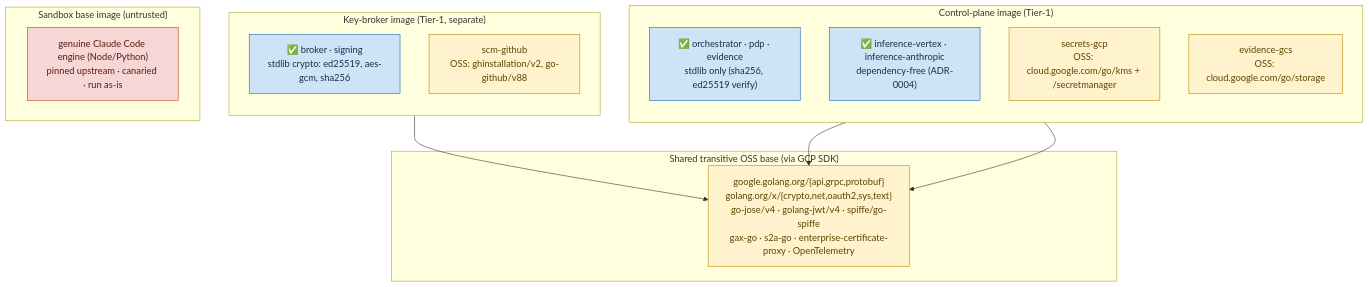
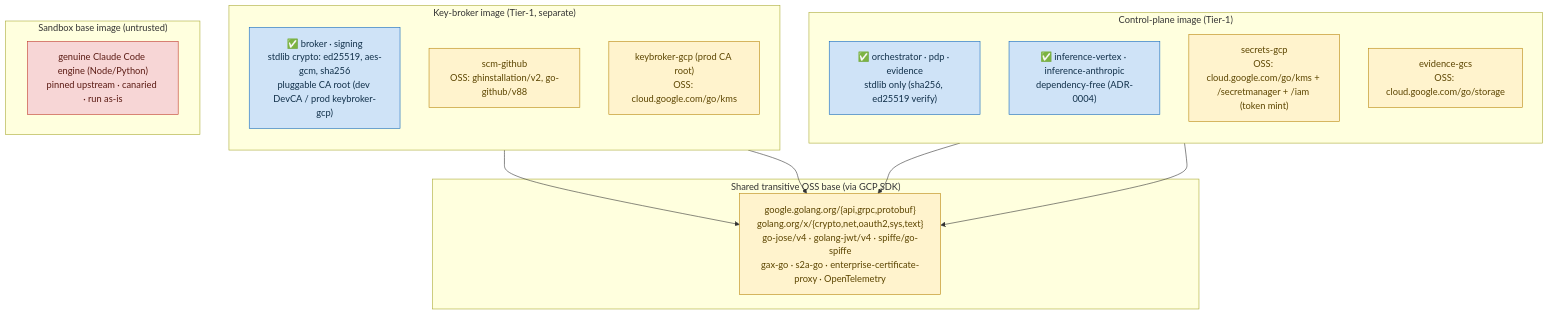
The diagram in docs/architecture/08-dependency-supply-chain.md (console7/console7), drawn with Mermaid before and after one commit. The commit also changed other lines of this file and 6 other files, not shown here.

````diff
--- a/docs/architecture/08-dependency-supply-chain.md
+++ b/docs/architecture/08-dependency-supply-chain.md
@@ -16,31 +16,33 @@
 ```mermaid
 flowchart TB
   subgraph CP["Control-plane image (Tier-1)"]
     direction TB
     cp_fp["✅ orchestrator · pdp · evidence<br/>stdlib only (sha256, ed25519 verify)"]
     cp_inf["✅ inference-vertex · inference-anthropic<br/>dependency-free (ADR-0004)"]
-    cp_sec["secrets-gcp<br/>OSS: cloud.google.com/go/kms + /secretmanager"]
+    cp_sec["secrets-gcp<br/>OSS: cloud.google.com/go/kms + /secretmanager + /iam (token mint)"]
     cp_ev["evidence-gcs<br/>OSS: cloud.google.com/go/storage"]
   end
   subgraph KB["Key-broker image (Tier-1, separate)"]
     direction TB
-    kb_fp["✅ broker · signing<br/>stdlib crypto: ed25519, aes-gcm, sha256"]
+    kb_fp["✅ broker · signing<br/>stdlib crypto: ed25519, aes-gcm, sha256<br/>pluggable CA root (dev DevCA / prod keybroker-gcp)"]
     kb_scm["scm-github<br/>OSS: ghinstallation/v2, go-github/v88"]
+    kb_kms["keybroker-gcp (prod CA root)<br/>OSS: cloud.google.com/go/kms"]
   end
   subgraph DP["Sandbox base image (untrusted)"]
     dp_eng["genuine Claude Code engine (Node/Python)<br/>pinned upstream · canaried · run as-is"]
   end
   subgraph SH["Shared transitive OSS base (via GCP SDK)"]
     sh["google.golang.org/{api,grpc,protobuf}<br/>golang.org/x/{crypto,net,oauth2,sys,text}<br/>go-jose/v4 · golang-jwt/v4 · spiffe/go-spiffe<br/>gax-go · s2a-go · enterprise-certificate-proxy · OpenTelemetry"]
   end
   cp_sec --> sh
   cp_ev --> sh
   kb_scm --> sh
+  kb_kms --> sh
 
   classDef fp fill:#cfe3f7,stroke:#1168bd,color:#11304a;
   classDef oss fill:#fff3cd,stroke:#b8860b,color:#5c4500;
   classDef eng fill:#f7d6d6,stroke:#c0392b,color:#5b1b14;
   class cp_fp,cp_inf,kb_fp fp;
-  class cp_sec,cp_ev,kb_scm,sh oss;
+  class cp_sec,cp_ev,kb_scm,kb_kms,sh oss;
   class dp_eng eng;
 ```
````
